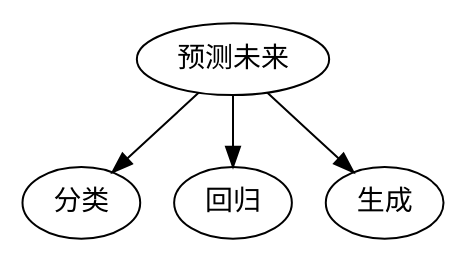
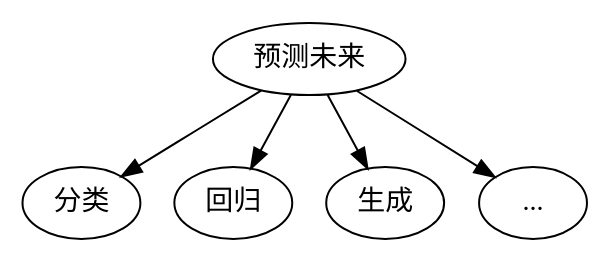
One commit to East196/reveal-show changed the first of 6 diagrams in reveal-deeplearning/deeplearning-slides.md. Above: the diagram before and after it, drawn with Graphviz. The commit also changed other lines of this file and 1 other file, not shown here.

````diff
--- a/reveal-deeplearning/deeplearning-slides.md
+++ b/reveal-deeplearning/deeplearning-slides.md
@@ -23,8 +23,9 @@
 ```dot
 digraph d3 {
 预测未来
 预测未来->分类
 预测未来->回归
 预测未来->生成
+预测未来->"\.\.\."
 }
 ```
````
